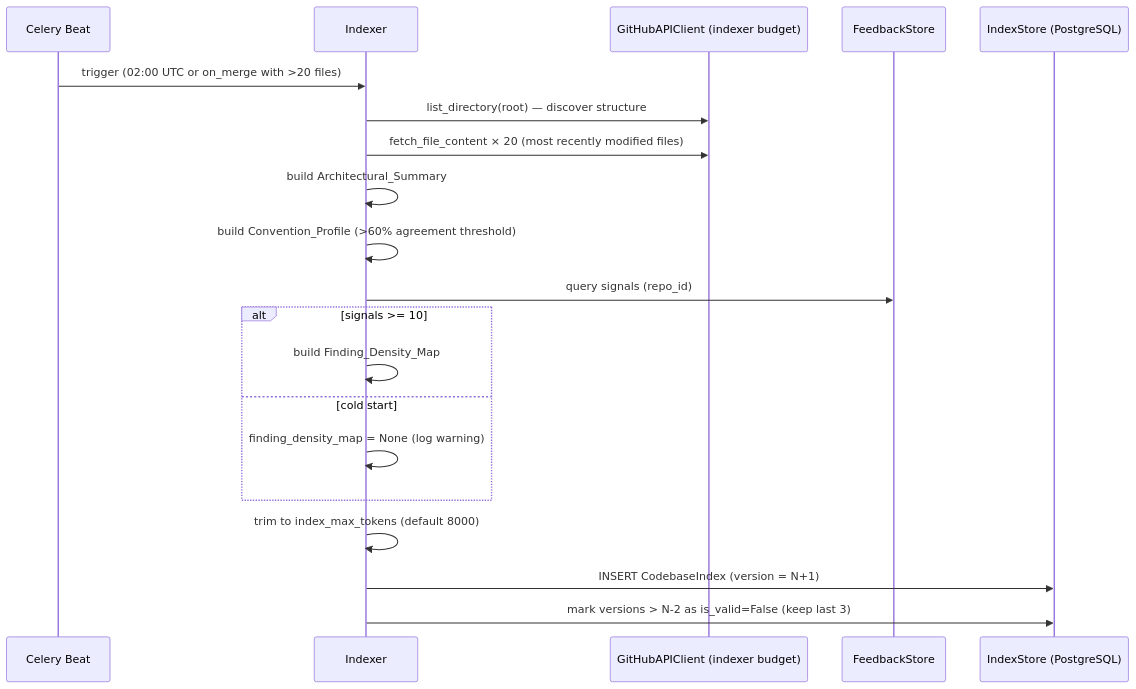
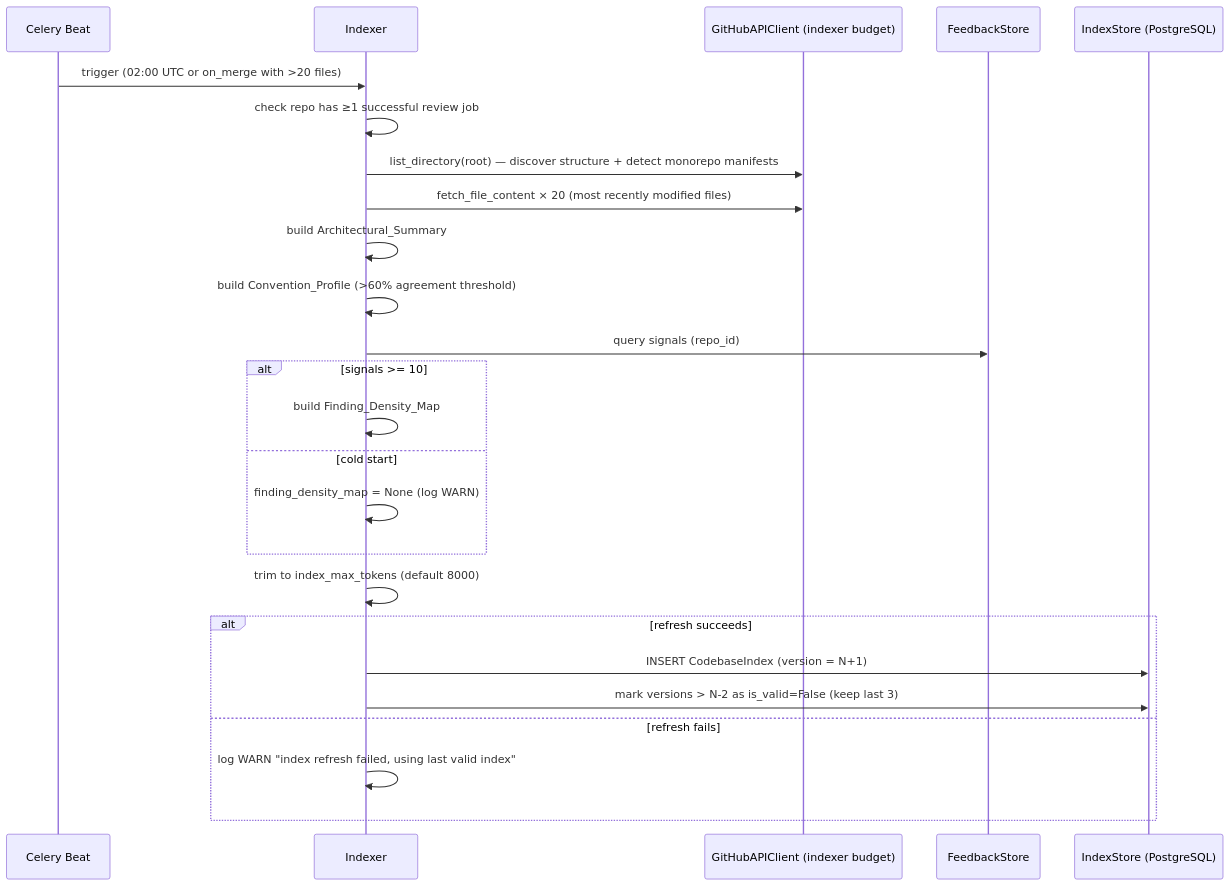
One commit to moonlightbeamer/titanium-engineer-app changed the fourth of 4 diagrams in .kiro/specs/github-pr-auto-review/design.md. Above: the diagram before and after it, drawn with Mermaid. The commit also changed other lines of this file and 1 other file, not shown here.

````diff
--- a/.kiro/specs/github-pr-auto-review/design.md
+++ b/.kiro/specs/github-pr-auto-review/design.md
@@ -494,23 +644,28 @@
 ```mermaid
 sequenceDiagram
     participant CB as Celery Beat
     participant IDX as Indexer
     participant GH as GitHubAPIClient (indexer budget)
     participant FS as FeedbackStore
     participant IS as IndexStore (PostgreSQL)
 
     CB->>IDX: trigger (02:00 UTC or on_merge with >20 files)
-    IDX->>GH: list_directory(root) — discover structure
+    IDX->>IDX: check repo has ≥1 successful review job
+    IDX->>GH: list_directory(root) — discover structure + detect monorepo manifests
     IDX->>GH: fetch_file_content × 20 (most recently modified files)
     IDX->>IDX: build Architectural_Summary
     IDX->>IDX: build Convention_Profile (>60% agreement threshold)
     IDX->>FS: query signals (repo_id)
     alt signals >= 10
         IDX->>IDX: build Finding_Density_Map
     else cold start
-        IDX->>IDX: finding_density_map = None (log warning)
+        IDX->>IDX: finding_density_map = None (log WARN)
     end
     IDX->>IDX: trim to index_max_tokens (default 8000)
-    IDX->>IS: INSERT CodebaseIndex (version = N+1)
-    IDX->>IS: mark versions > N-2 as is_valid=False (keep last 3)
+    alt refresh succeeds
+        IDX->>IS: INSERT CodebaseIndex (version = N+1)
+        IDX->>IS: mark versions > N-2 as is_valid=False (keep last 3)
+    else refresh fails
+        IDX->>IDX: log WARN "index refresh failed, using last valid index"
+    end
 ```
````
